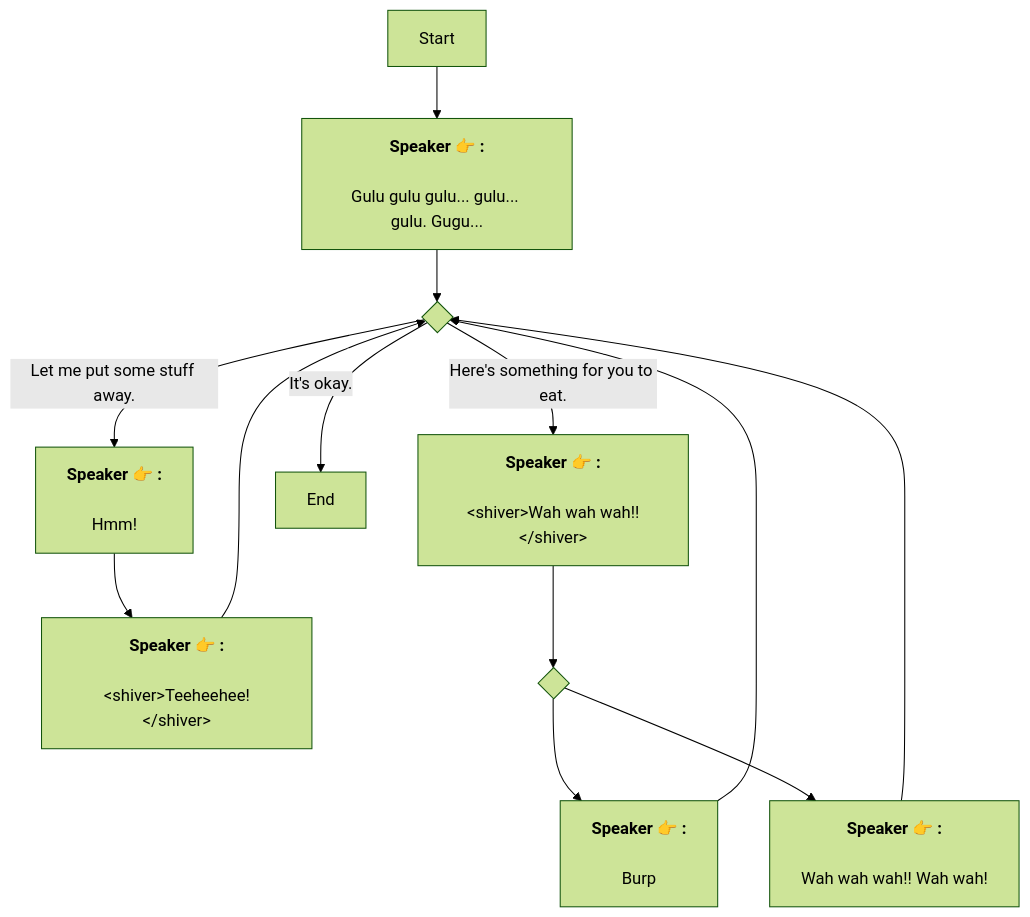
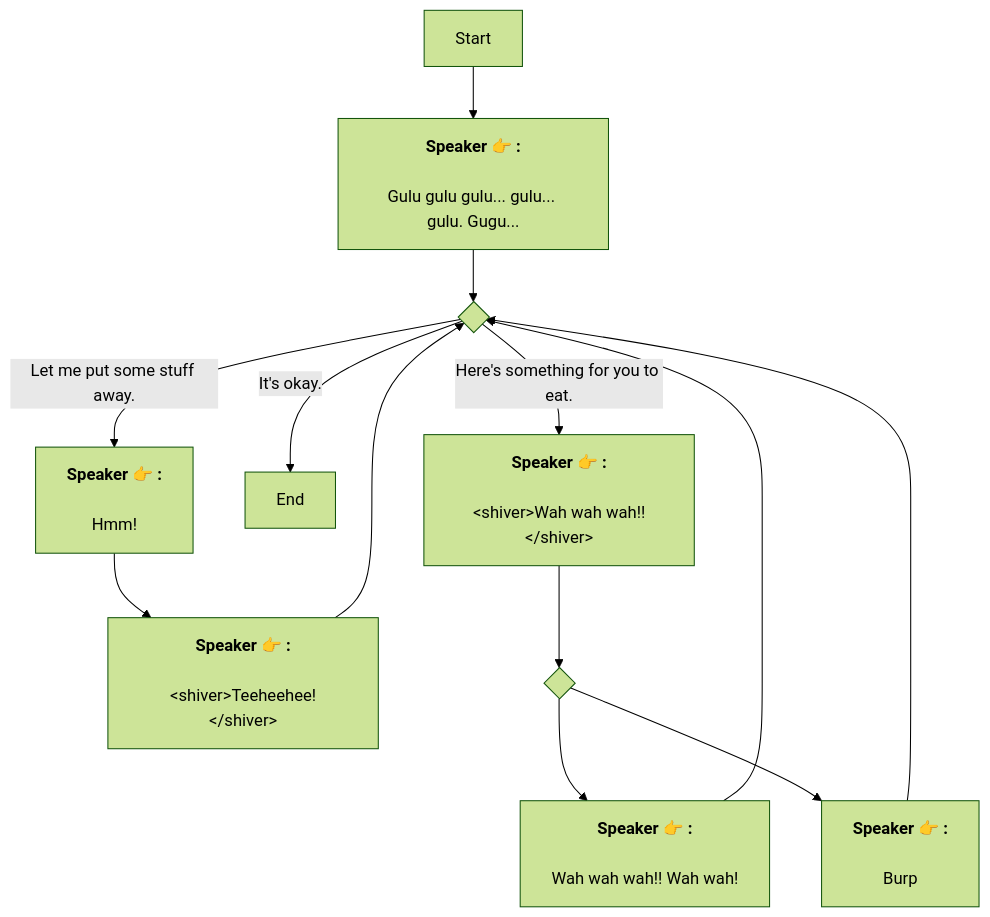
One commit to SoftHu/tos_avg changed the diagram in En/StorageYokai.md. Above: the diagram before and after it, drawn with Mermaid (forest theme). The commit also changed other lines of this file and 780 other files, not shown here.

````diff
--- a/En/StorageYokai.md
+++ b/En/StorageYokai.md
@@ -1,22 +1,22 @@
 ```mermaid
 graph
 Start -->1752084604837205[<b>Speaker 👉 :</b>
 \nGulu gulu gulu... gulu... gulu. Gugu...]
 1752084604837205 -->438021151209301{ }
 1752084710409563 -->1752084894755167[<b>Speaker 👉 :</b>
 \n&lt;shiver&gt;Teeheehee!&lt;/shiver&gt;]
+438021151209301 -->|It's okay.|1752084951119202[End]
+438021151209301 -->|Here's something for you to eat.|1752084779787612[<b>Speaker 👉 :</b>
+\n&lt;shiver&gt;Wah wah wah!!&lt;/shiver&gt;]
 438021151209301 -->|Let me put some stuff away.|1752084710409563[<b>Speaker 👉 :</b>
 \nHmm!]
-438021151209301 -->|Here's something for you to eat.|1752084779787612[<b>Speaker 👉 :</b>
-\n&lt;shiver&gt;Wah wah wah!!&lt;/shiver&gt;]
-438021151209301 -->|It's okay.|1752084951119202[End]
 1752084894755167 -->438021151209301{ }
 1752084779787612 -->1752153236225377{ }
+1752153236225377 -->1752153314952546[<b>Speaker 👉 :</b>
+\nWah wah wah!! Wah wah!]
 1752153236225377 -->1752084858577246[<b>Speaker 👉 :</b>
 \nBurp]
-1752153236225377 -->1752153314952546[<b>Speaker 👉 :</b>
-\nWah wah wah!! Wah wah!]
 1752084858577246 -->438021151209301{ }
 1752153314952546 -->438021151209301{ }
 
 ```
````
